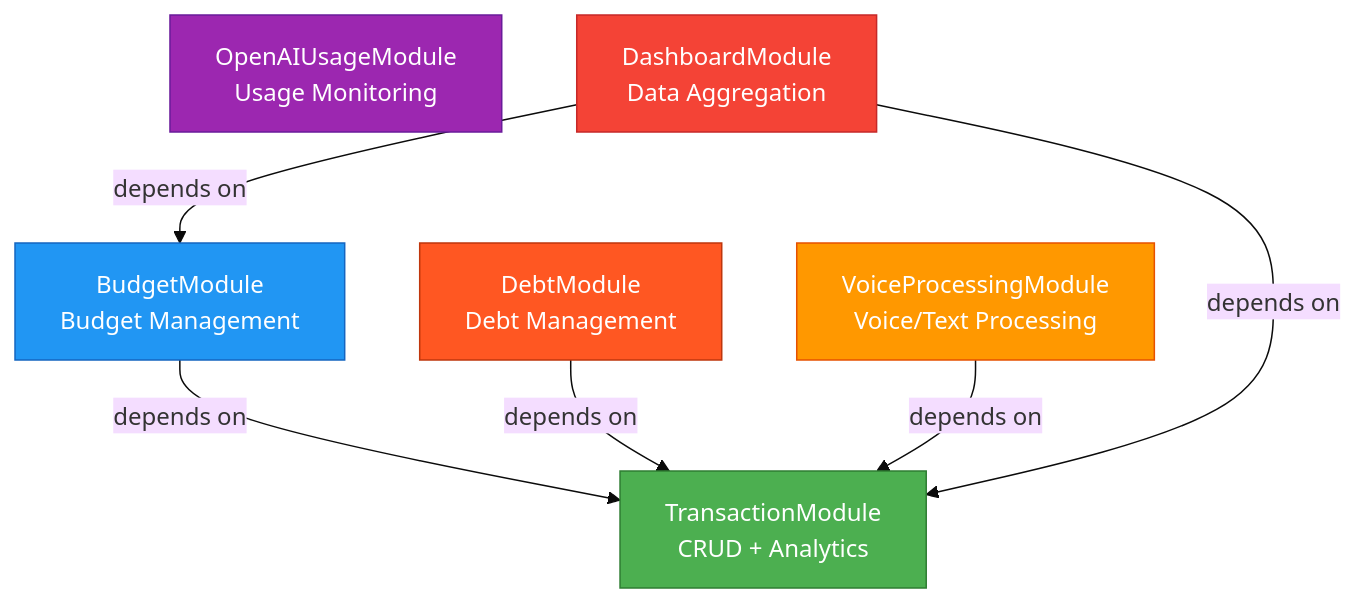
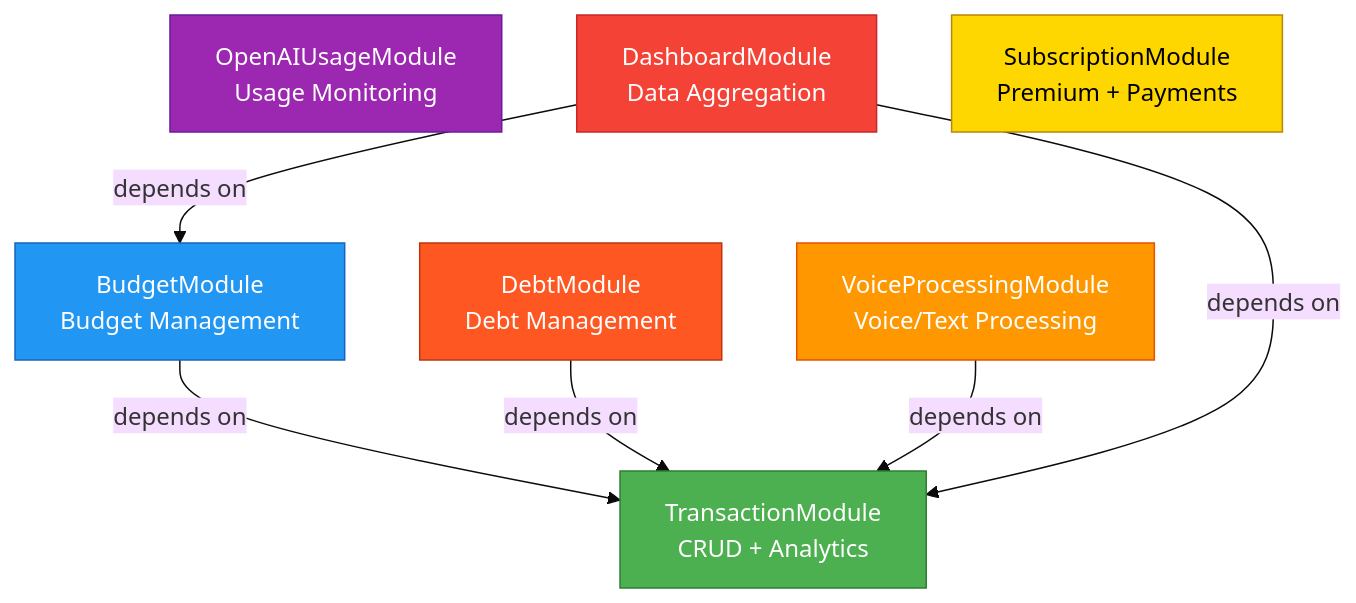
Before and after one commit to chollak/finance-tracker-backend: the diagram in docs/knowledge-base/01-architecture/modules.md, drawn with Mermaid (base theme). The commit also changed other lines of this file and 39 other files, not shown here.

First line of the commit message:
feat(subscription): add SubscriptionModule with Telegram Stars payments

````diff
--- a/docs/knowledge-base/01-architecture/modules.md
+++ b/docs/knowledge-base/01-architecture/modules.md
@@ -7,22 +7,24 @@
 ```mermaid
 graph TD
     TM[TransactionModule<br/>CRUD + Analytics]
     BM[BudgetModule<br/>Budget Management]
     DeM[DebtModule<br/>Debt Management]
     VM[VoiceProcessingModule<br/>Voice/Text Processing]
     OM[OpenAIUsageModule<br/>Usage Monitoring]
     DM[DashboardModule<br/>Data Aggregation]
+    SM[SubscriptionModule<br/>Premium + Payments]
 
     BM -->|depends on| TM
     DeM -->|depends on| TM
     VM -->|depends on| TM
     DM -->|depends on| TM
     DM -->|depends on| BM
 
     style TM fill:#4CAF50,stroke:#2E7D32,color:#fff
     style BM fill:#2196F3,stroke:#1565C0,color:#fff
     style DeM fill:#FF5722,stroke:#BF360C,color:#fff
     style VM fill:#FF9800,stroke:#E65100,color:#fff
     style OM fill:#9C27B0,stroke:#6A1B9A,color:#fff
     style DM fill:#F44336,stroke:#C62828,color:#fff
+    style SM fill:#FFD700,stroke:#B8860B,color:#000
 ```
````
